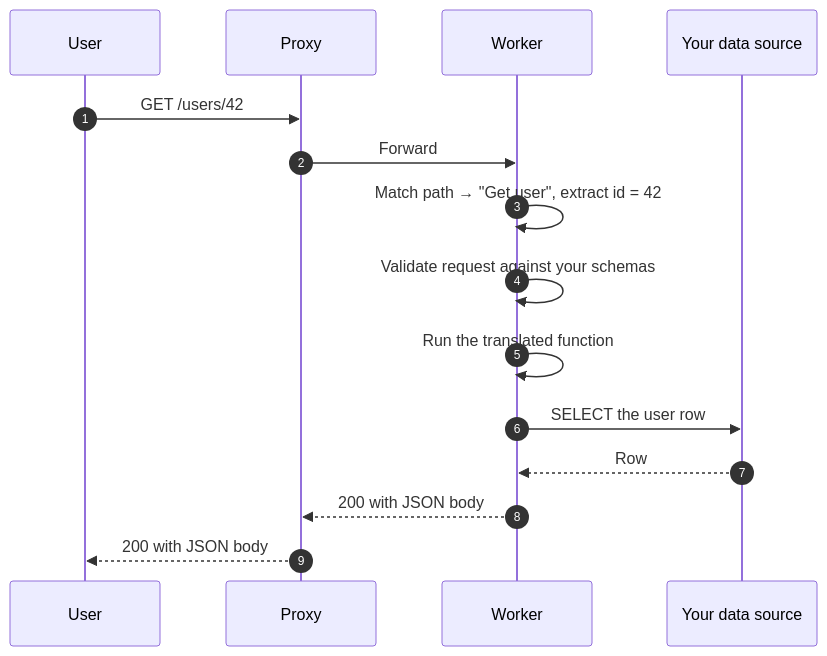
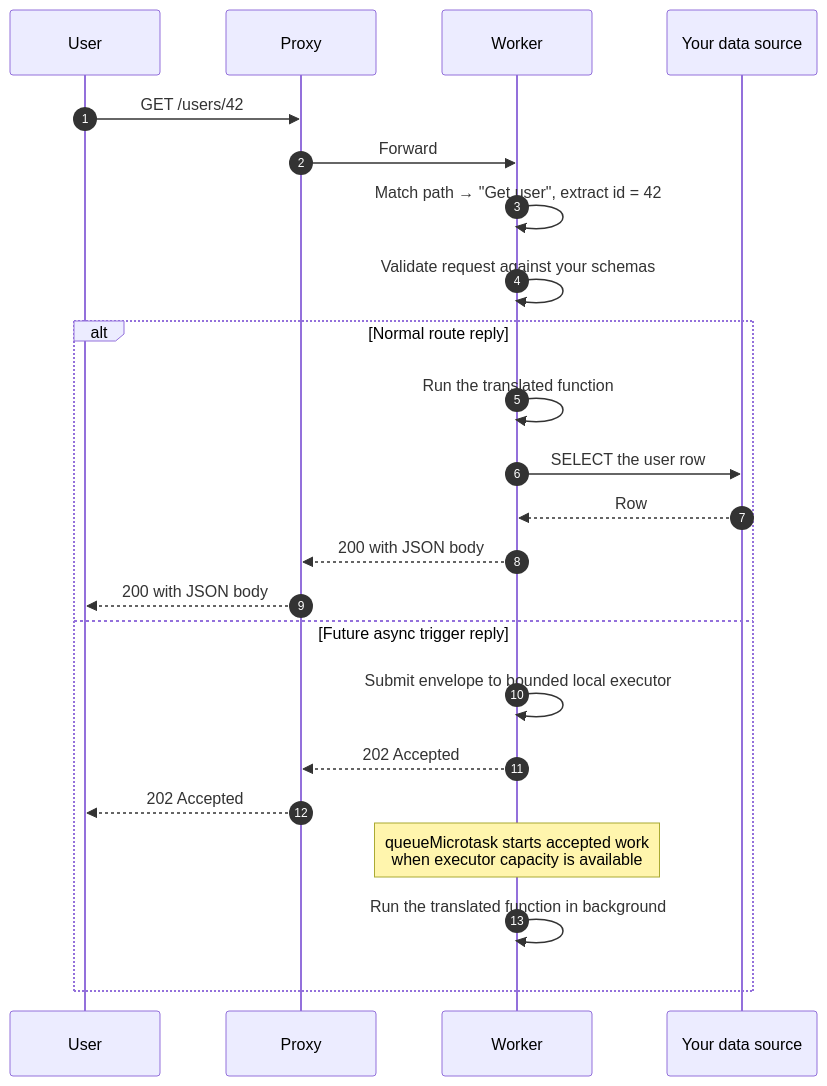
The fifth of 6 diagrams in docs/architecture/request-lifecycle.md (07prajwal2000/Fluxify), drawn with Mermaid before and after one commit. The commit also changed other lines of this file and 22 other files, not shown here.

````diff
--- a/docs/architecture/request-lifecycle.md
+++ b/docs/architecture/request-lifecycle.md
@@ -155,18 +155,26 @@
 ```mermaid
 sequenceDiagram
     autonumber
     participant U as User
     participant P as Proxy
     participant W as Worker
     participant DB as Your data source
 
     U->>P: GET /users/42
     P->>W: Forward
     W->>W: Match path → "Get user", extract id = 42
     W->>W: Validate request against your schemas
-    W->>W: Run the translated function
-    W->>DB: SELECT the user row
-    DB-->>W: Row
-    W-->>P: 200 with JSON body
-    P-->>U: 200 with JSON body
+    alt Normal route reply
+        W->>W: Run the translated function
+        W->>DB: SELECT the user row
+        DB-->>W: Row
+        W-->>P: 200 with JSON body
+        P-->>U: 200 with JSON body
+    else Future async trigger reply
+        W->>W: Submit envelope to bounded local executor
+        W-->>P: 202 Accepted
+        P-->>U: 202 Accepted
+        Note over W: queueMicrotask starts accepted work<br/>when executor capacity is available
+        W->>W: Run the translated function in background
+    end
 ```
````
